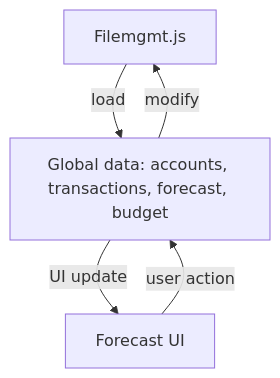
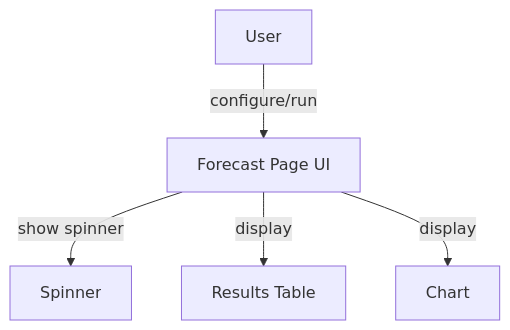
The first of 2 diagrams in Documentation/forecast.md (BicycleJeanre/ftrack), drawn with Mermaid before and after one commit. The commit also changed other lines of this file and 19 other files, not shown here.

````diff
--- a/Documentation/forecast.md
+++ b/Documentation/forecast.md
@@ -19,7 +25,7 @@
 ```mermaid
 flowchart TD
-  Filemgmt[Filemgmt.js] -->|load| AppData[Global data: accounts, transactions, forecast, budget]
-  AppData -->|modify| Filemgmt
-  AppData -->|UI update| ForecastPage[Forecast UI]
-  ForecastPage -->|user action| AppData
+  User[User] -->|configure/run| ForecastUI[Forecast Page UI]
+  ForecastUI -->|show spinner| Spinner[Spinner]
+  ForecastUI -->|display| ResultsTable[Results Table]
+  ForecastUI -->|display| Chart[Chart]
 ```
````
